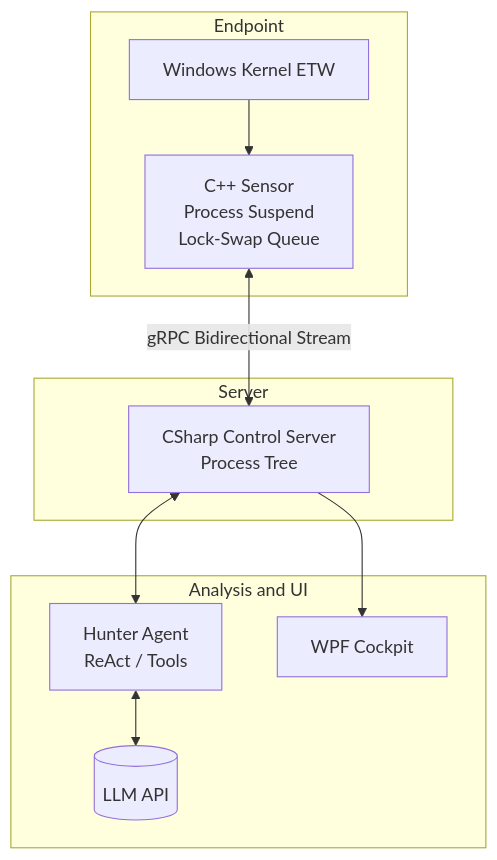
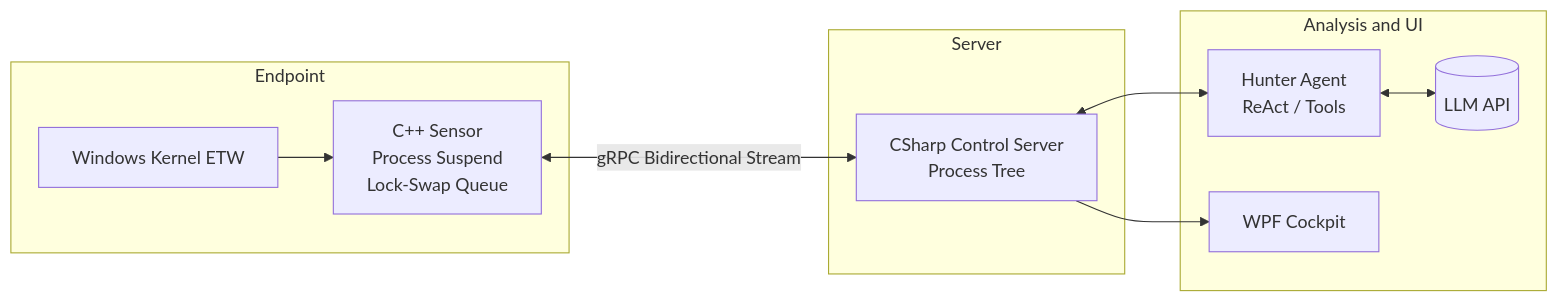
One commit to jin20203458/jin20203458 changed the first of 2 diagrams in README.md. Above: the diagram before and after it, drawn with Mermaid.

````diff
--- a/README.md
+++ b/README.md
@@ -47,22 +47,20 @@
 ```mermaid
-flowchart TD
+flowchart LR
     subgraph Endpoint["Endpoint"]
         ETW["Windows Kernel ETW"] --> Sensor["C++ Sensor<br/>Process Suspend<br/>Lock-Swap Queue"]
     end
 
     subgraph Server_Tier["Server"]
         ControlServer["CSharp Control Server<br/>Process Tree"]
     end
 
     subgraph Analysis_UI["Analysis and UI"]
         Agent["Hunter Agent<br/>ReAct / Tools"]
-        LLM[("LLM API")]
+        Agent <--> LLM[("LLM API")]
         UI["WPF Cockpit"]
-
-        Agent <--> LLM
     end
 
     Sensor <-->|"gRPC Bidirectional Stream"| ControlServer
     ControlServer <--> Agent
     ControlServer --> UI
 ```
````
